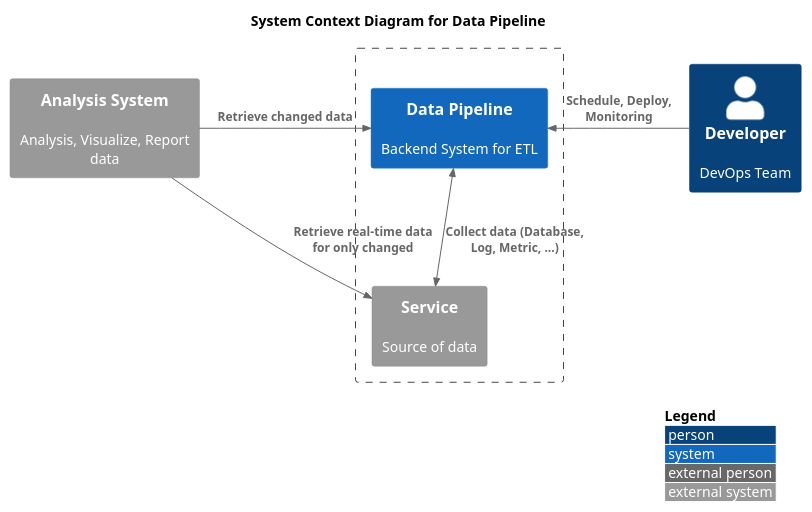
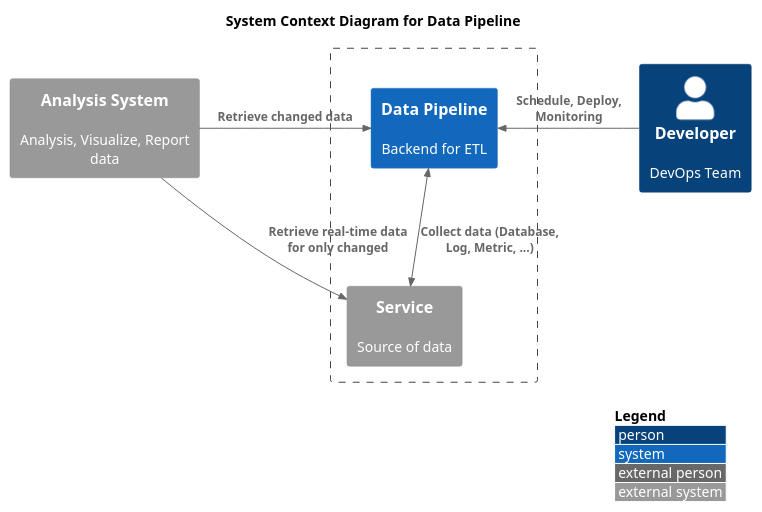
Before and after one commit to yanghoon/obsidian-workspace: the first of 2 diagrams in _diary/2024-06-19.md, drawn with PlantUML.

Commit message:
vault backup: 2024-06-21 19:39:03

````diff
--- a/_diary/2024-06-19.md
+++ b/_diary/2024-06-19.md
@@ -3,20 +3,20 @@
 ```plantuml
 !include <C4/C4_Context.puml>
 
 LAYOUT_TOP_DOWN()
 LAYOUT_WITH_LEGEND()
 
 title System Context Diagram for Data Pipeline
 
 System_Ext(analysis, "Analysis System", "Analysis, Visualize, Report data")
 Boundary(system, "") {
 	System_Ext(service, "Service", "Source of data")
-	System(app, "Data Pipeline", "Backend System for ETL")
+	System(app, "Data Pipeline", "Backend for ETL")
 }
 Person(developer, "Developer", "DevOps Team")
 
 Rel_Right(analysis, app, "Retrieve changed data")
 Rel_Right(analysis, service, "Retrieve real-time data for only changed")
 Rel_Left(developer, app, "Schedule, Deploy, Monitoring")
 BiRel(app, service, "Collect data (Database, Log, Metric, ...)")
 ```
````
